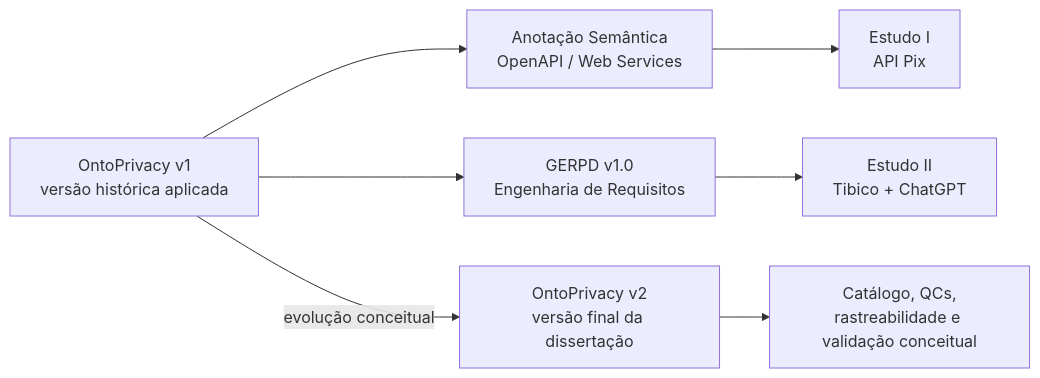
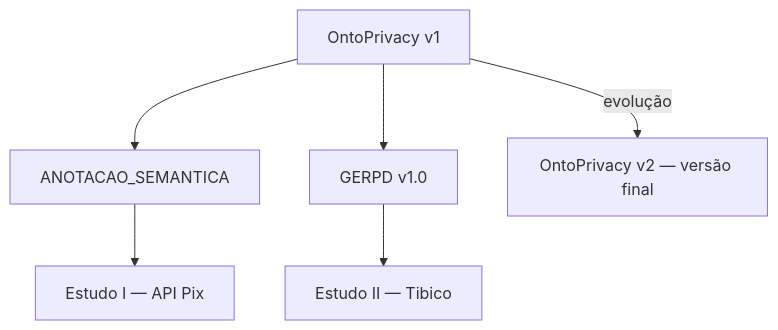
Before and after one commit to TNK443/Dissertacao: the second of 2 diagrams in ONTOPRIVACY/README.md, drawn with Mermaid. The commit also changed other lines of this file, not shown here.

````diff
--- a/ONTOPRIVACY/README.md
+++ b/ONTOPRIVACY/README.md
@@ -33,9 +202,8 @@
 ```mermaid
-flowchart LR
-    OP1["OntoPrivacy v1\nversão histórica aplicada"] --> AS["Anotação Semântica\nOpenAPI / Web Services"]
-    OP1 --> G["GERPD v1.0\nEngenharia de Requisitos"]
-    AS --> E1["Estudo I\nAPI Pix"]
-    G --> E2["Estudo II\nTibico + ChatGPT"]
-    OP1 -->|evolução conceitual| OP2["OntoPrivacy v2\nversão final da dissertação"]
-    OP2 --> DOC["Catálogo, QCs,\nrastreabilidade e validação conceitual"]
+flowchart TD
+    V1["OntoPrivacy v1"] --> AS["ANOTACAO_SEMANTICA"]
+    V1 --> GERPD["GERPD v1.0"]
+    AS --> EI["Estudo I — API Pix"]
+    GERPD --> EII["Estudo II — Tibico"]
+    V1 -->|evolução| V2["OntoPrivacy v2 — versão final"]
 ```
````
